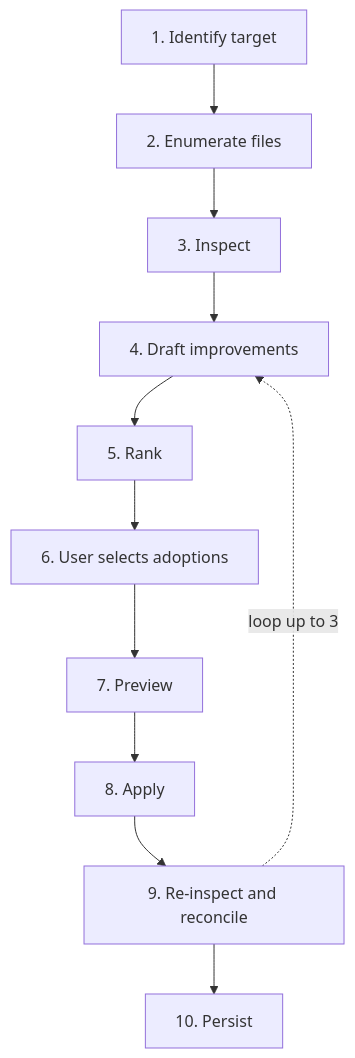
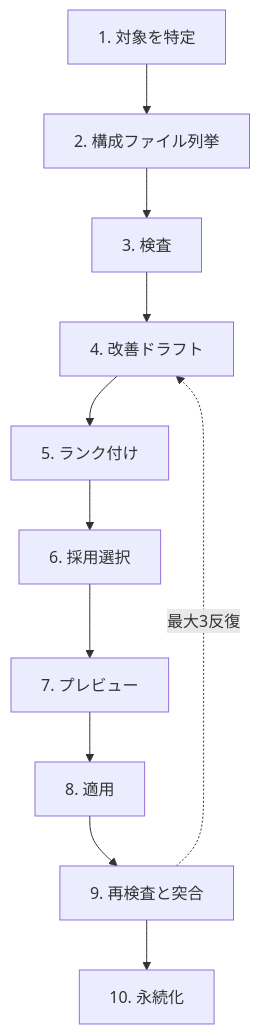
One commit to kiyohome/outputs changed the diagram in claude-plugins-knowhow/README.md. Above: the diagram before and after it, drawn with Mermaid. The commit also changed other lines of this file and 2 other files, not shown here.

````diff
--- a/claude-plugins-knowhow/README.md
+++ b/claude-plugins-knowhow/README.md
@@ -37,15 +37,15 @@
 ```mermaid
 flowchart TD
-    S1[1. Identify target]
-    S2[2. Enumerate files]
-    S3[3. Inspect]
-    S4[4. Draft improvements]
-    S5[5. Rank]
-    S6[6. User selects adoptions]
-    S7[7. Preview]
-    S8[8. Apply]
-    S9[9. Re-inspect and reconcile]
-    S10[10. Persist]
+    S1[1. 対象を特定]
+    S2[2. 構成ファイル列挙]
+    S3[3. 検査]
+    S4[4. 改善ドラフト]
+    S5[5. ランク付け]
+    S6[6. 採用選択]
+    S7[7. プレビュー]
+    S8[8. 適用]
+    S9[9. 再検査と突合]
+    S10[10. 永続化]
     S1 --> S2 --> S3 --> S4 --> S5 --> S6 --> S7 --> S8 --> S9 --> S10
-    S9 -. loop up to 3 .-> S4
+    S9 -. 最大3反復 .-> S4
 ```
````
